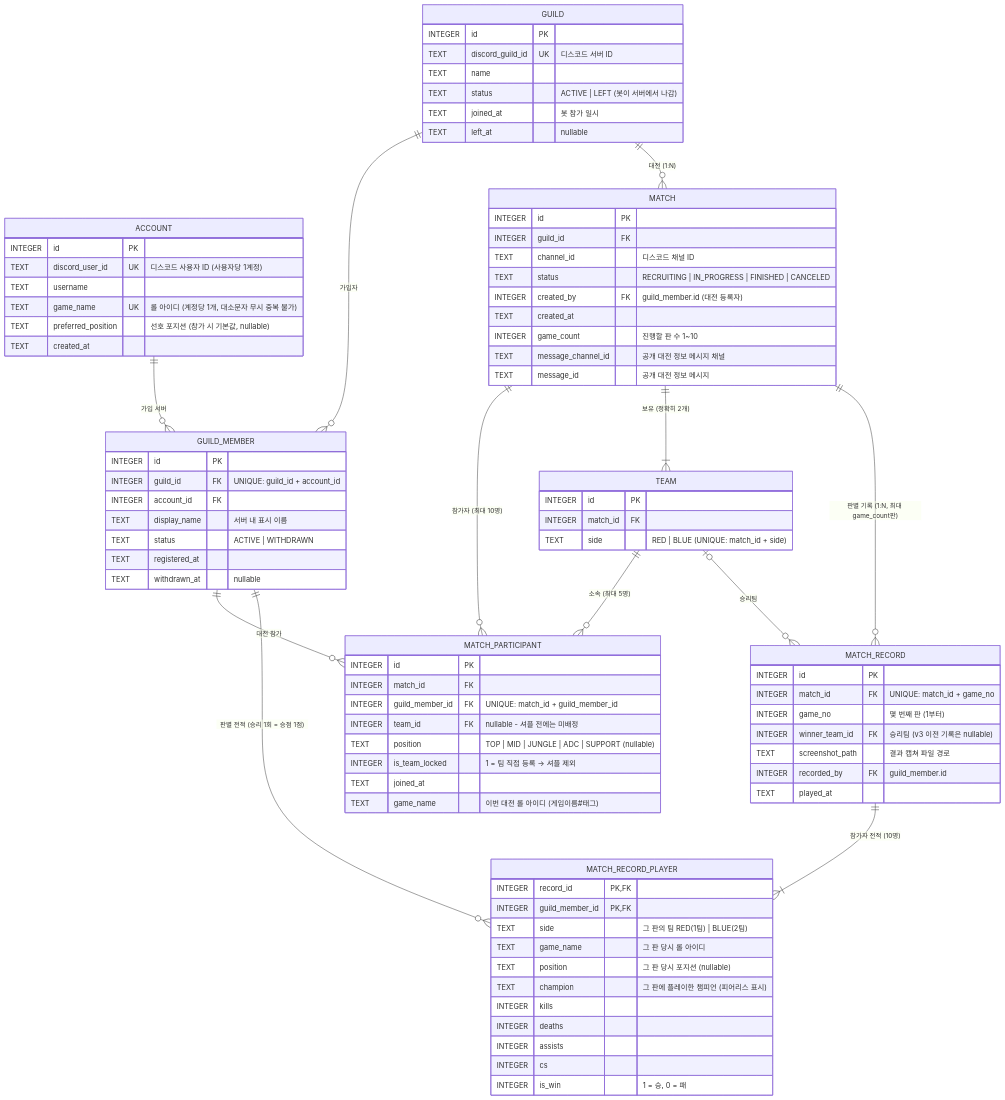
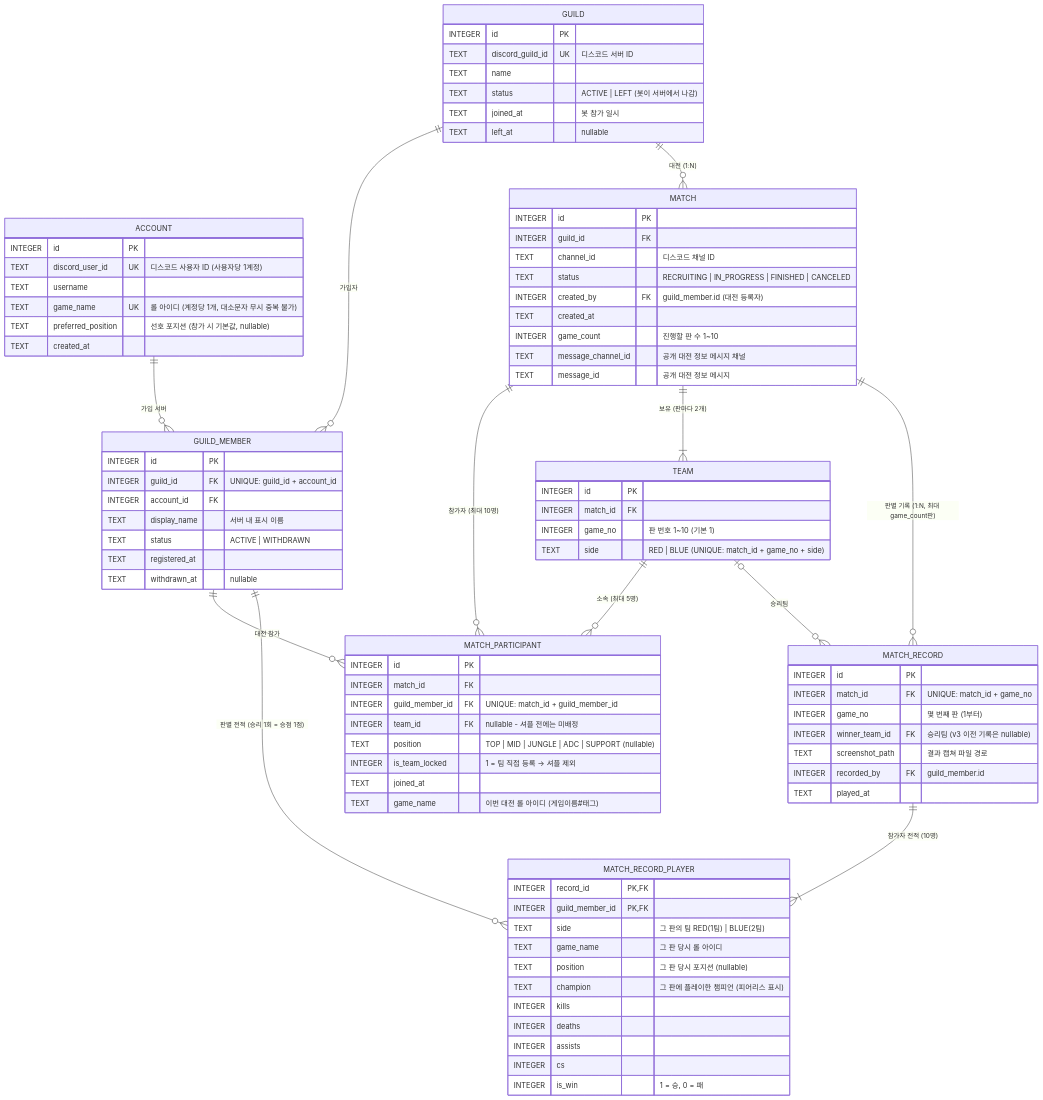
The diagram in CLAUDE.md (RedPanda6801/movie_app_notebook), drawn with Mermaid before and after one commit. The commit also changed other lines of this file and 5 other files, not shown here.

First line of the commit message:
Add team.game_no so each game of a match can have its own teams (schema v6)

```diff
--- a/CLAUDE.md
+++ b/CLAUDE.md
@@ -129,7 +129,7 @@
     GUILD        ||--o{ MATCH             : "대전 (1:N)"
     GUILD_MEMBER ||--o{ MATCH_PARTICIPANT : "대전 참가"
     MATCH        ||--o{ MATCH_PARTICIPANT : "참가자 (최대 10명)"
-    MATCH        ||--|{ TEAM              : "보유 (정확히 2개)"
+    MATCH        ||--|{ TEAM              : "보유 (판마다 2개)"
     TEAM         ||--o{ MATCH_PARTICIPANT : "소속 (최대 5명)"
     MATCH        ||--o{ MATCH_RECORD      : "판별 기록 (1:N, 최대 game_count판)"
     MATCH_RECORD ||--|{ MATCH_RECORD_PLAYER : "참가자 전적 (10명)"
@@ -179,7 +179,8 @@
     TEAM {
         INTEGER id PK
         INTEGER match_id FK
-        TEXT    side "RED | BLUE  (UNIQUE: match_id + side)"
+        INTEGER game_no "판 번호 1~10 (기본 1)"
+        TEXT    side "RED | BLUE  (UNIQUE: match_id + game_no + side)"
     }
 
     MATCH_PARTICIPANT {
```
